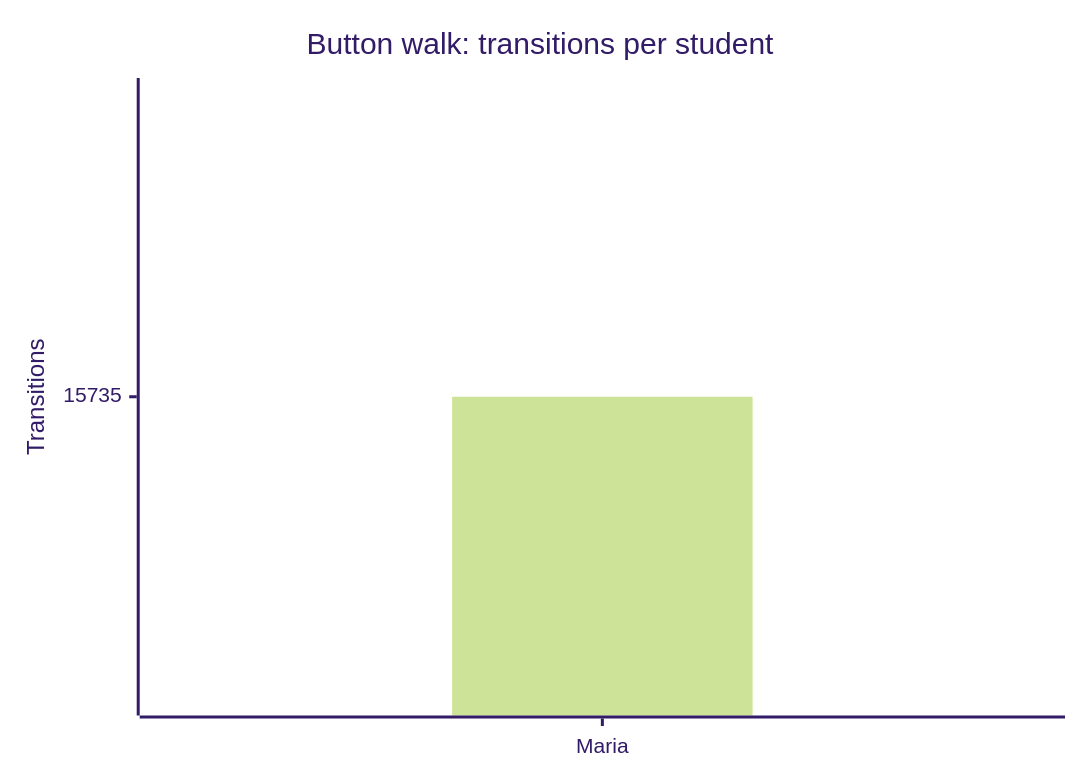
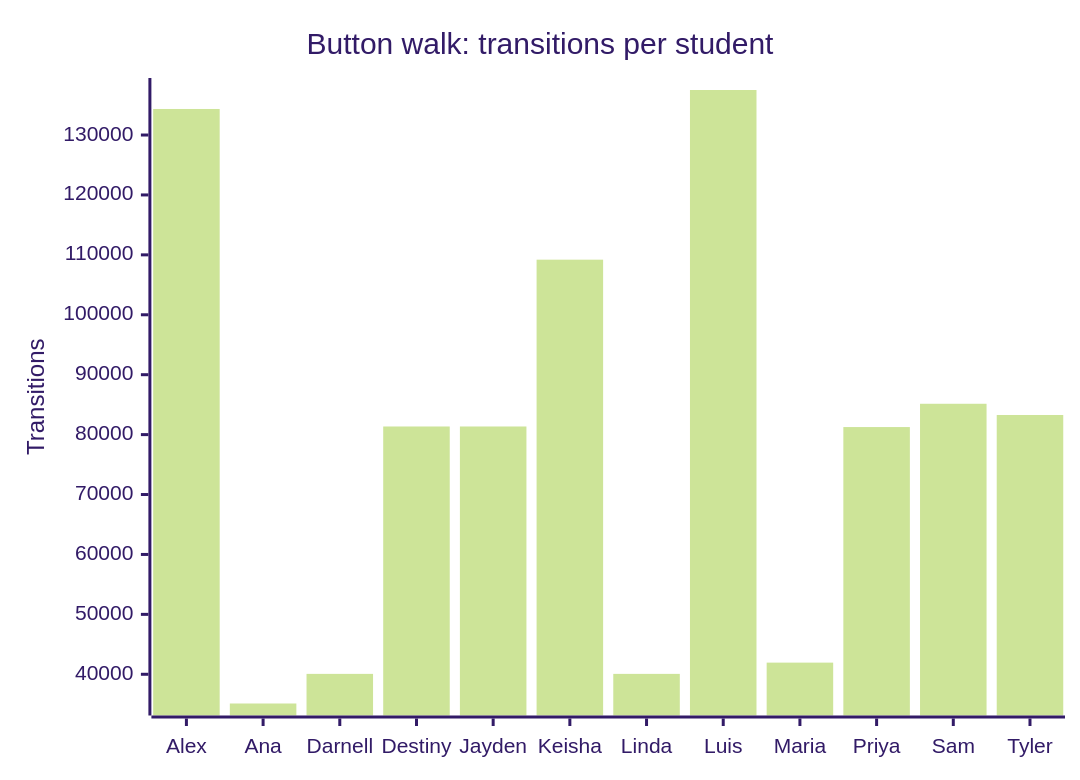
One commit to russlittle/ZTHR changed the second of 3 diagrams in docs/testing/coverage.md. Above: the diagram before and after it, drawn with Mermaid (forest theme). The commit also changed other lines of this file and 9 other files, not shown here.

````diff
--- a/docs/testing/coverage.md
+++ b/docs/testing/coverage.md
@@ -27,7 +27,7 @@
 ```mermaid
 xychart-beta
   title "Button walk: transitions per student"
-  x-axis ["Maria"]
+  x-axis ["Alex", "Ana", "Darnell", "Destiny", "Jayden", "Keisha", "Linda", "Luis", "Maria", "Priya", "Sam", "Tyler"]
   y-axis "Transitions"
-  bar [15735]
+  bar [134346, 35124, 40068, 81356, 81356, 109196, 40068, 137514, 41946, 81260, 85148, 83276]
 ```
````
